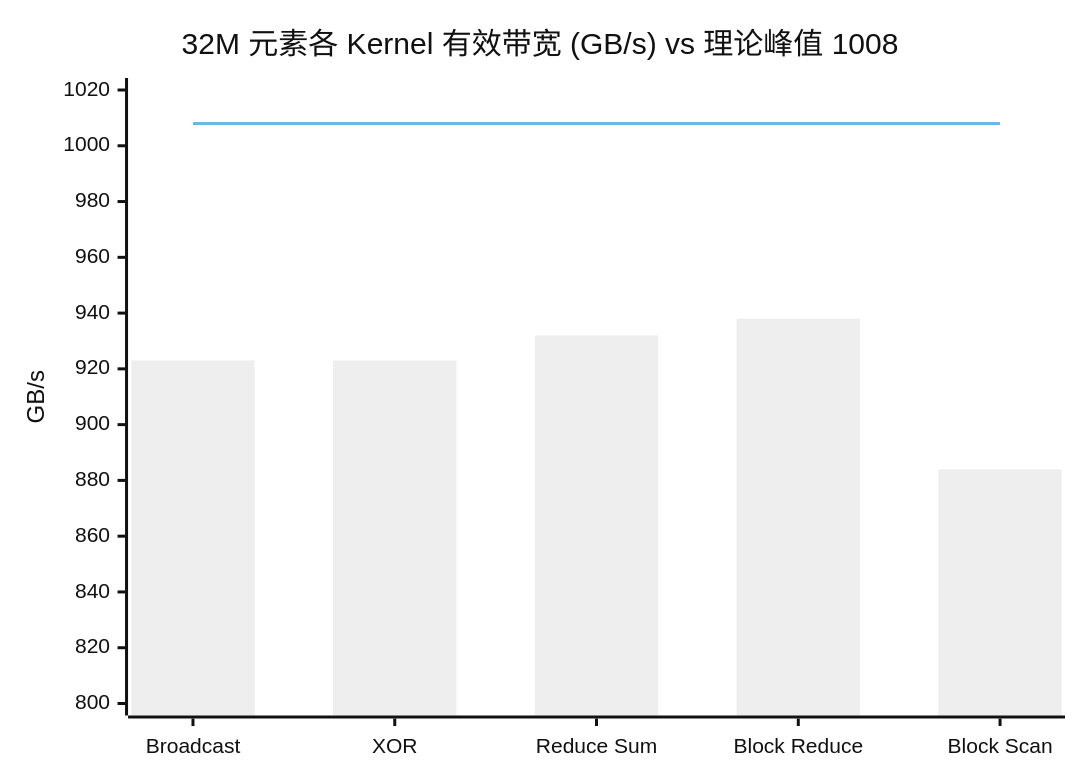
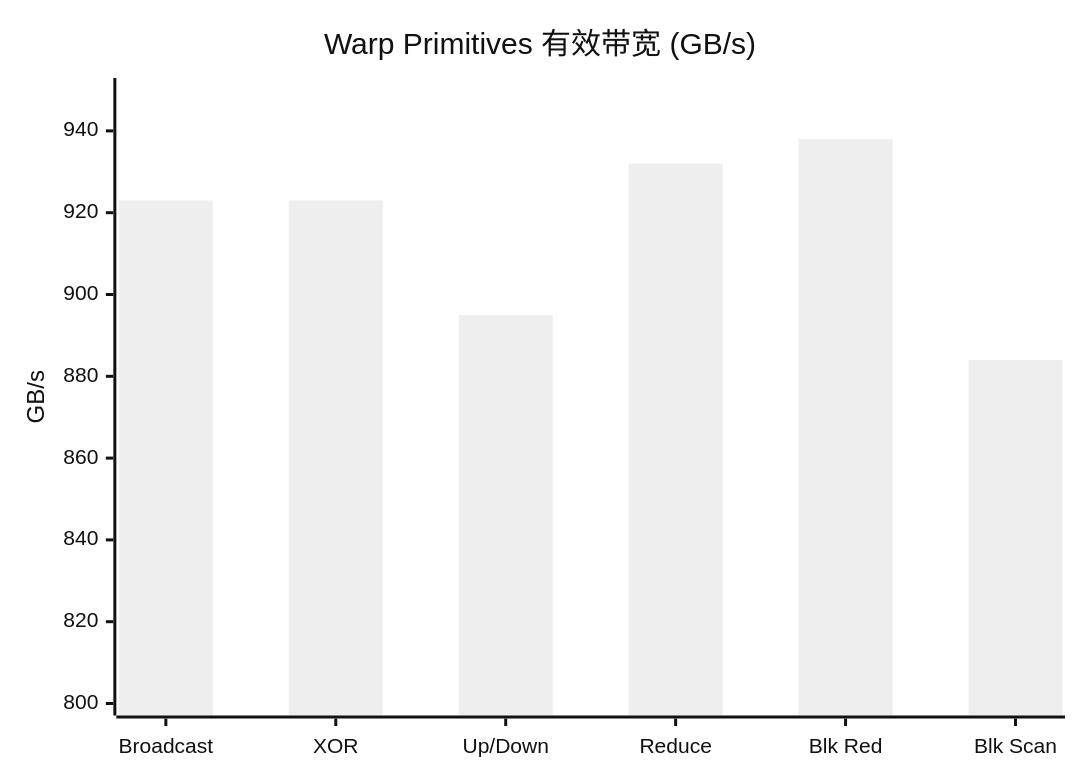
Before and after one commit to psmarter/CUDA-Practice: the second of 2 diagrams in Blogs/06_Warp_Primitives_Register_Shuffle.md, drawn with Mermaid (neutral theme). The commit also changed other lines of this file and 20 other files, not shown here.

````diff
--- a/Blogs/06_Warp_Primitives_Register_Shuffle.md
+++ b/Blogs/06_Warp_Primitives_Register_Shuffle.md
@@ -186,8 +131,7 @@
 ```mermaid
 xychart-beta
-  title "32M 元素各 Kernel 有效带宽 (GB/s) vs 理论峰值 1008"
-  x-axis ["Broadcast", "XOR", "Reduce Sum", "Block Reduce", "Block Scan"]
-  y-axis "GB/s" 800 --> 1020
-  bar [923, 923, 932, 938, 884]
-  line [1008, 1008, 1008, 1008, 1008]
+  title "Warp Primitives 有效带宽 (GB/s)"
+  x-axis ["Broadcast", "XOR", "Up/Down", "Reduce", "Blk Red", "Blk Scan"]
+  y-axis "GB/s" 800 --> 950
+  bar [923, 923, 895, 932, 938, 884]
 ```
````
